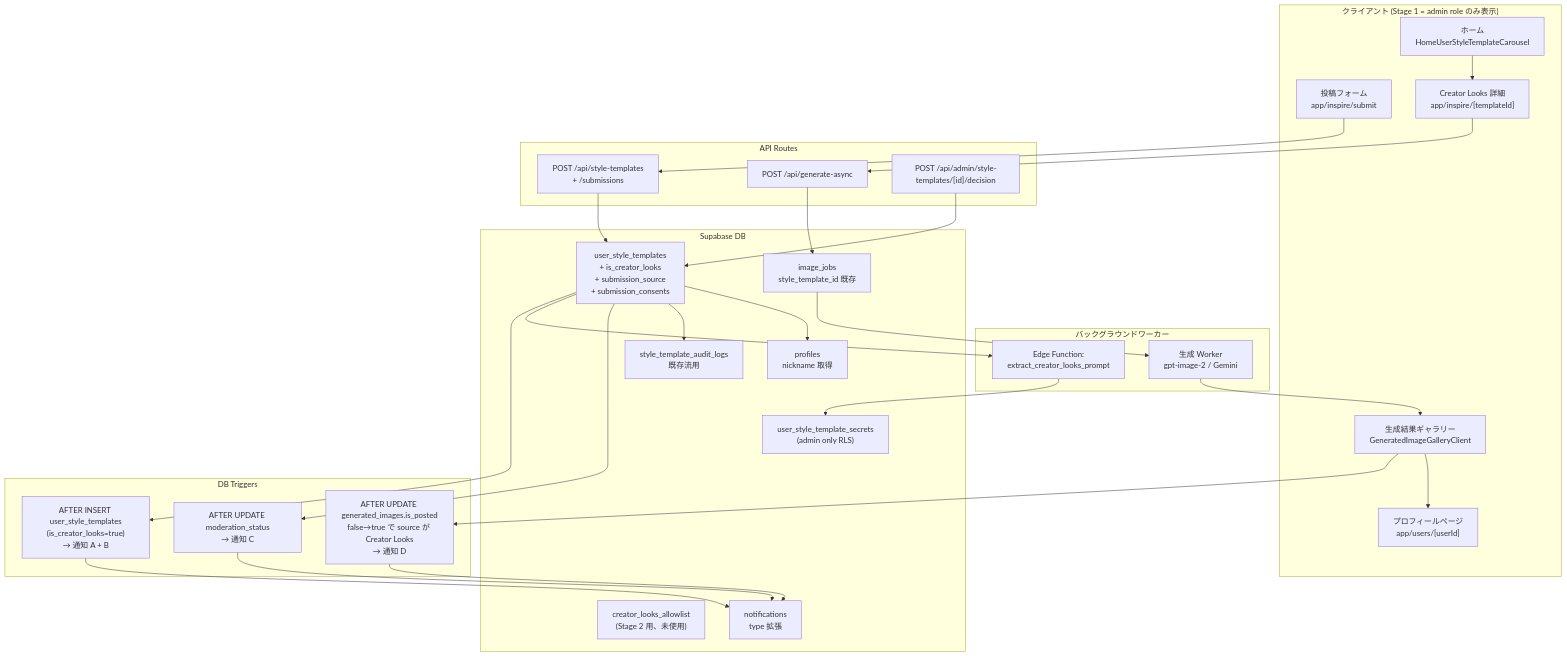
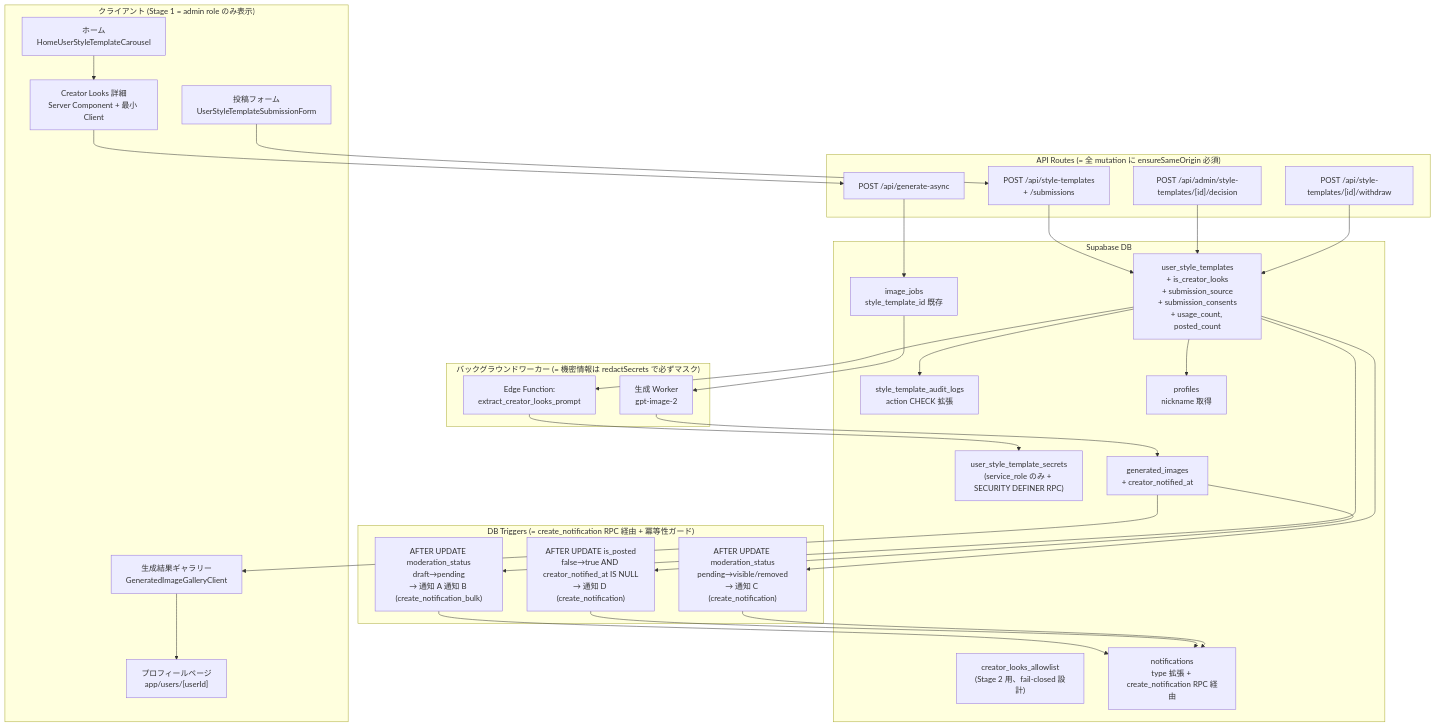
The first of 5 diagrams in docs/planning/creator-looks-implementation-plan.md (3balljugglerYu/ai_coordinate), drawn with Mermaid before and after one commit. The commit also changed other lines of this file, not shown here.

First line of the commit message:
docs(creator-looks): 計画書を v2 に更新 (Supabase / Next.js / Security レビュー反映)

````diff
--- a/docs/planning/creator-looks-implementation-plan.md
+++ b/docs/planning/creator-looks-implementation-plan.md
@@ -67,51 +117,55 @@
 ```mermaid
 flowchart TB
     subgraph Client["クライアント (Stage 1 = admin role のみ表示)"]
-        Submit["投稿フォーム<br/>app/inspire/submit"]
-        Detail["Creator Looks 詳細<br/>app/inspire/[templateId]"]
+        Submit["投稿フォーム<br/>UserStyleTemplateSubmissionForm"]
+        Detail["Creator Looks 詳細<br/>Server Component + 最小 Client"]
         Home["ホーム<br/>HomeUserStyleTemplateCarousel"]
         Result["生成結果ギャラリー<br/>GeneratedImageGalleryClient"]
         Profile["プロフィールページ<br/>app/users/[userId]"]
     end
 
-    subgraph API["API Routes"]
+    subgraph API["API Routes (= 全 mutation に ensureSameOrigin 必須)"]
         ApiSubmit["POST /api/style-templates<br/>+ /submissions"]
         ApiGen["POST /api/generate-async"]
+        ApiWithdraw["POST /api/style-templates/[id]/withdraw"]
         ApiAdmin["POST /api/admin/style-templates/[id]/decision"]
     end
 
-    subgraph Worker["バックグラウンドワーカー"]
+    subgraph Worker["バックグラウンドワーカー (= 機密情報は redactSecrets で必ずマスク)"]
         Extract["Edge Function:<br/>extract_creator_looks_prompt"]
-        ImageGen["生成 Worker<br/>gpt-image-2 / Gemini"]
+        ImageGen["生成 Worker<br/>gpt-image-2"]
     end
 
     subgraph DB["Supabase DB"]
-        UST["user_style_templates<br/>+ is_creator_looks<br/>+ submission_source<br/>+ submission_consents"]
-        Secrets["user_style_template_secrets<br/>(admin only RLS)"]
-        Allow["creator_looks_allowlist<br/>(Stage 2 用、未使用)"]
+        UST["user_style_templates<br/>+ is_creator_looks<br/>+ submission_source<br/>+ submission_consents<br/>+ usage_count, posted_count"]
+        Secrets["user_style_template_secrets<br/>(service_role のみ + SECURITY DEFINER RPC)"]
+        Allow["creator_looks_allowlist<br/>(Stage 2 用、fail-closed 設計)"]
         IJ["image_jobs<br/>style_template_id 既存"]
-        Notif["notifications<br/>type 拡張"]
-        Audit["style_template_audit_logs<br/>既存流用"]
+        GI["generated_images<br/>+ creator_notified_at"]
+        Notif["notifications<br/>type 拡張 + create_notification RPC 経由"]
+        Audit["style_template_audit_logs<br/>action CHECK 拡張"]
         Profiles["profiles<br/>nickname 取得"]
     end
 
-    subgraph Triggers["DB Triggers"]
-        TrigA["AFTER INSERT user_style_templates<br/>(is_creator_looks=true)<br/>→ 通知 A + B"]
-        TrigC["AFTER UPDATE moderation_status<br/>→ 通知 C"]
-        TrigD["AFTER UPDATE generated_images.is_posted<br/>false→true で source が Creator Looks<br/>→ 通知 D"]
+    subgraph Triggers["DB Triggers (= create_notification RPC 経由 + 冪等性ガード)"]
+        TrigAB["AFTER UPDATE moderation_status<br/>draft→pending<br/>→ 通知 A 通知 B (create_notification_bulk)"]
+        TrigC["AFTER UPDATE moderation_status<br/>pending→visible/removed<br/>→ 通知 C (create_notification)"]
+        TrigD["AFTER UPDATE is_posted<br/>false→true AND creator_notified_at IS NULL<br/>→ 通知 D (create_notification)"]
     end
 
     Submit --> ApiSubmit --> UST
-    UST --> TrigA --> Notif
+    UST --> TrigAB --> Notif
     UST --> Extract --> Secrets
     Detail --> ApiGen --> IJ
     IJ --> ImageGen
-    ImageGen --> Result
-    Result --> TrigD --> Notif
+    ImageGen --> GI
+    GI --> Result
+    GI --> TrigD --> Notif
     Home --> Detail
     Result --> Profile
     ApiAdmin --> UST
     UST --> TrigC --> Notif
     UST --> Audit
     UST --> Profiles
+    ApiWithdraw --> UST
 ```
````
